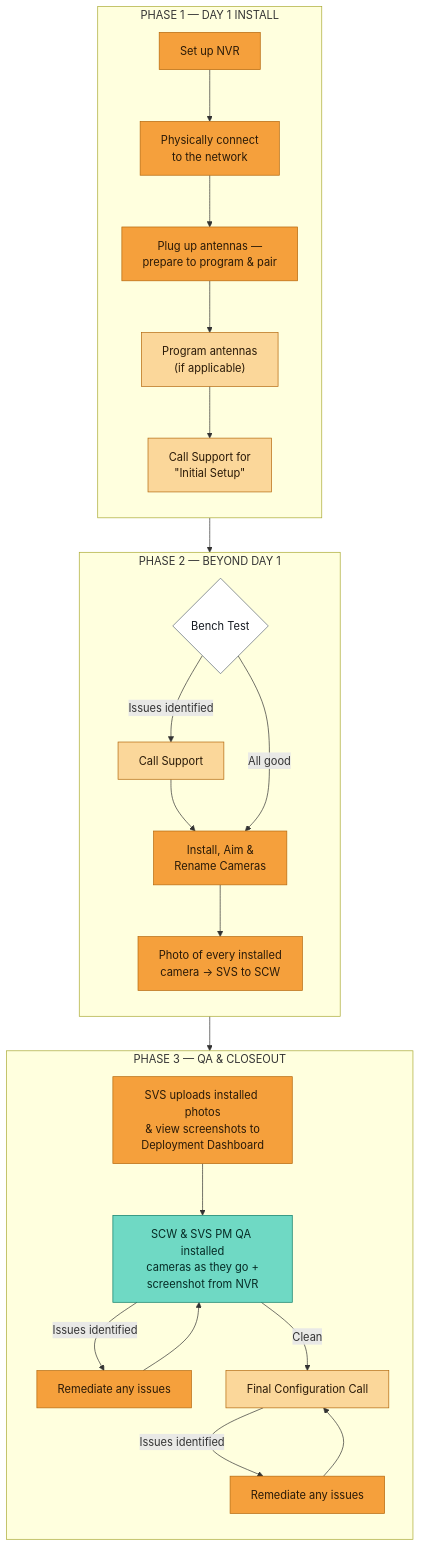
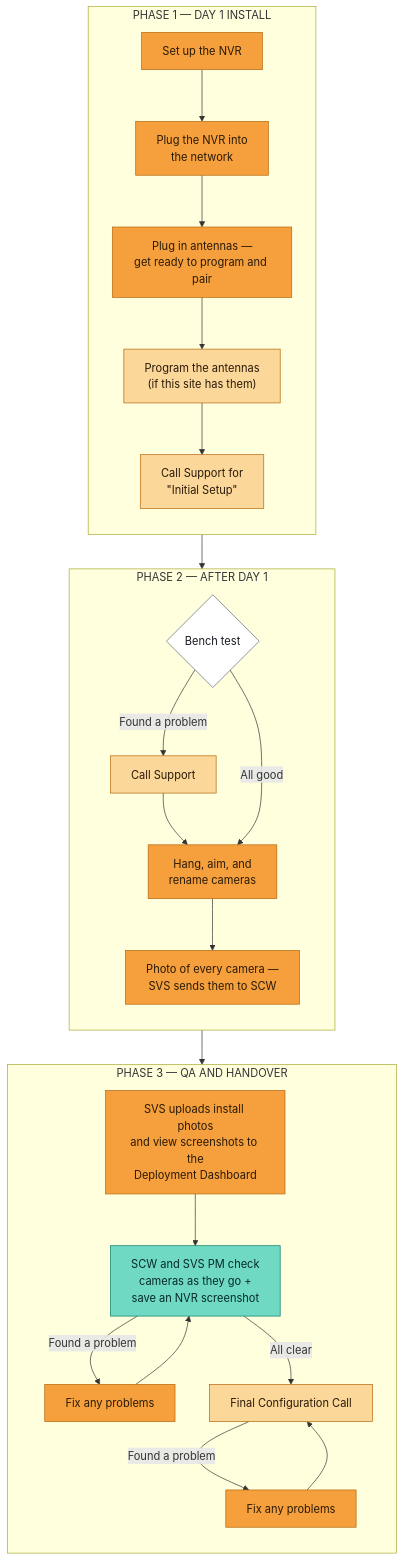
Before and after one commit to mitzvetsia/scw-knack-custom-js: the diagram in docs/sop-camera-install-deployment.md, drawn with Mermaid. The commit also changed other lines of this file, not shown here.

First line of the commit message:
docs: rewrite install SOP in plain language

````diff
--- a/docs/sop-camera-install-deployment.md
+++ b/docs/sop-camera-install-deployment.md
@@ -38,48 +37,48 @@
 ```mermaid
 flowchart TD
   classDef tech fill:#F5A03C,stroke:#B4670C,stroke-width:1px,color:#2A1A08;
   classDef support fill:#FBD79A,stroke:#B4670C,stroke-width:1px,color:#2A1A08;
   classDef qa fill:#6FD9C4,stroke:#0B7C68,stroke-width:1px,color:#062B25;
   classDef gate fill:#FFFFFF,stroke:#5D6875,stroke-width:1px,color:#151A21;
 
   subgraph P1["PHASE 1 — DAY 1 INSTALL"]
     direction TB
-    A1["Set up NVR"]:::tech
-    A2["Physically connect<br/>to the network"]:::tech
-    A3["Plug up antennas —<br/>prepare to program &amp; pair"]:::tech
-    A4["Program antennas<br/>(if applicable)"]:::support
+    A1["Set up the NVR"]:::tech
+    A2["Plug the NVR into<br/>the network"]:::tech
+    A3["Plug in antennas —<br/>get ready to program and pair"]:::tech
+    A4["Program the antennas<br/>(if this site has them)"]:::support
     A5["Call Support for<br/>&quot;Initial Setup&quot;"]:::support
     A1 --> A2 --> A3 --> A4 --> A5
   end
 
   A5 --> B1
 
-  subgraph P2["PHASE 2 — BEYOND DAY 1"]
+  subgraph P2["PHASE 2 — AFTER DAY 1"]
     direction TB
-    B1{"Bench Test"}:::gate
+    B1{"Bench test"}:::gate
     B2["Call Support"]:::support
-    B3["Install, Aim &amp;<br/>Rename Cameras"]:::tech
-    B4["Photo of every installed<br/>camera → SVS to SCW"]:::tech
-    B1 -->|Issues identified| B2
+    B3["Hang, aim, and<br/>rename cameras"]:::tech
+    B4["Photo of every camera —<br/>SVS sends them to SCW"]:::tech
+    B1 -->|Found a problem| B2
     B2 --> B3
     B1 -->|All good| B3
     B3 --> B4
   end
 
   B4 --> C1
 
-  subgraph P3["PHASE 3 — QA &amp; CLOSEOUT"]
+  subgraph P3["PHASE 3 — QA AND HANDOVER"]
     direction TB
-    C1["SVS uploads installed photos<br/>&amp; view screenshots to<br/>Deployment Dashboard"]:::tech
-    C2["SCW &amp; SVS PM QA installed<br/>cameras as they go +<br/>screenshot from NVR"]:::qa
-    C3["Remediate any issues"]:::tech
+    C1["SVS uploads install photos<br/>and view screenshots to the<br/>Deployment Dashboard"]:::tech
+    C2["SCW and SVS PM check<br/>cameras as they go +<br/>save an NVR screenshot"]:::qa
+    C3["Fix any problems"]:::tech
     C4["Final Configuration Call"]:::support
-    C5["Remediate any issues"]:::tech
+    C5["Fix any problems"]:::tech
     C1 --> C2
-    C2 -->|Issues identified| C3
+    C2 -->|Found a problem| C3
     C3 --> C2
-    C2 -->|Clean| C4
-    C4 -->|Issues identified| C5
+    C2 -->|All clear| C4
+    C4 -->|Found a problem| C5
     C5 --> C4
   end
 ```
````
